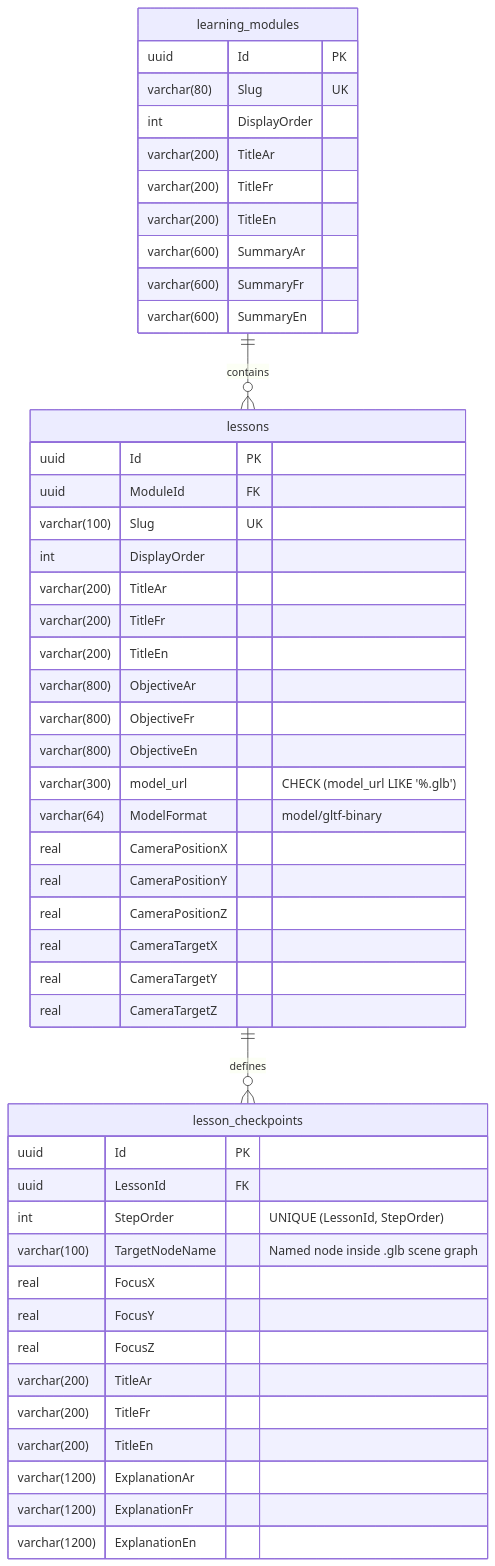
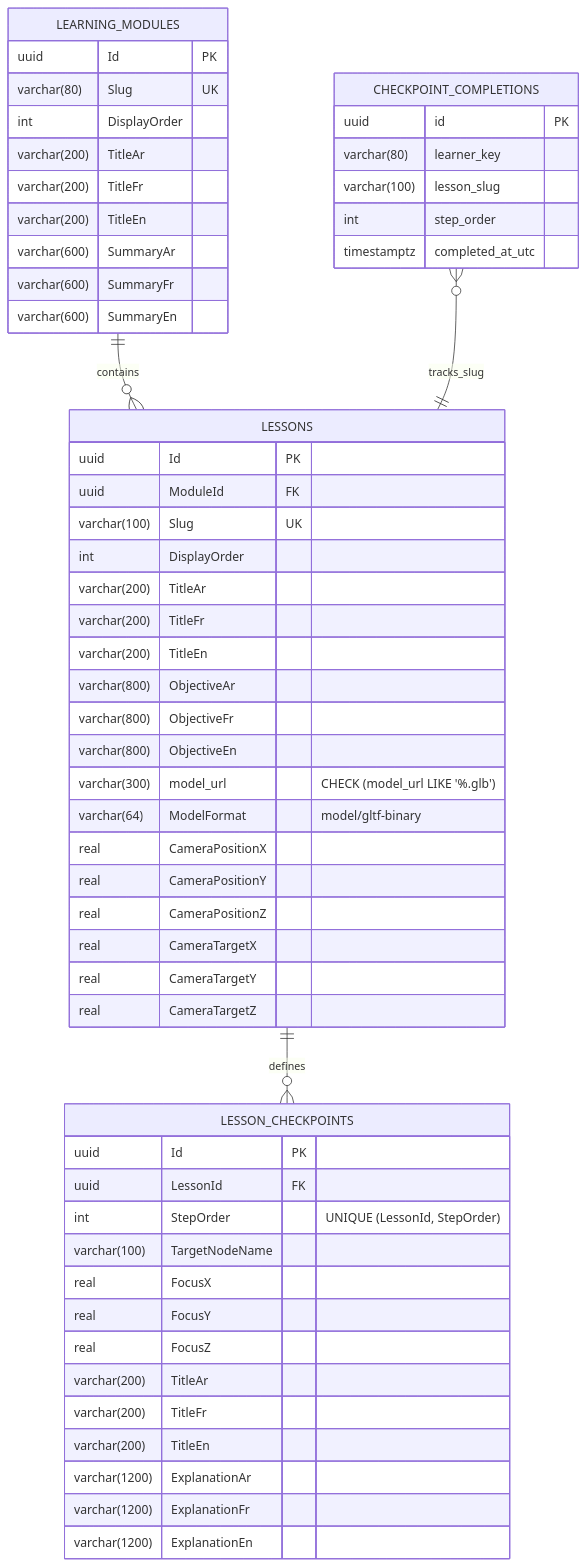
The diagram in docs/architecture/DATABASE_SCHEMA.md (Ahmed1-Rebai/Nawwar), drawn with Mermaid before and after one commit. The commit also changed other lines of this file and 31 other files, not shown here.

Commit message:
feat(curriculum): add persistent checkpoint progress, 3D GLB mesh picking, and product docs

````diff
--- a/docs/architecture/DATABASE_SCHEMA.md
+++ b/docs/architecture/DATABASE_SCHEMA.md
@@ -9,54 +5,63 @@
 ```mermaid
 erDiagram
-    learning_modules ||--o{ lessons : "contains"
-    lessons ||--o{ lesson_checkpoints : "defines"
+    LEARNING_MODULES ||--o{ LESSONS : contains
+    LESSONS ||--o{ LESSON_CHECKPOINTS : defines
+    CHECKPOINT_COMPLETIONS }o--|| LESSONS : tracks_slug
 
-    learning_modules {
+    LEARNING_MODULES {
         uuid Id PK
         varchar(80) Slug UK
         int DisplayOrder
         varchar(200) TitleAr
         varchar(200) TitleFr
         varchar(200) TitleEn
         varchar(600) SummaryAr
         varchar(600) SummaryFr
         varchar(600) SummaryEn
     }
 
-    lessons {
+    LESSONS {
         uuid Id PK
         uuid ModuleId FK
         varchar(100) Slug UK
         int DisplayOrder
         varchar(200) TitleAr
         varchar(200) TitleFr
         varchar(200) TitleEn
         varchar(800) ObjectiveAr
         varchar(800) ObjectiveFr
         varchar(800) ObjectiveEn
         varchar(300) model_url "CHECK (model_url LIKE '%.glb')"
         varchar(64) ModelFormat "model/gltf-binary"
         real CameraPositionX
         real CameraPositionY
         real CameraPositionZ
         real CameraTargetX
         real CameraTargetY
         real CameraTargetZ
     }
 
-    lesson_checkpoints {
+    LESSON_CHECKPOINTS {
         uuid Id PK
         uuid LessonId FK
         int StepOrder "UNIQUE (LessonId, StepOrder)"
-        varchar(100) TargetNodeName "Named node inside .glb scene graph"
+        varchar(100) TargetNodeName
         real FocusX
         real FocusY
         real FocusZ
         varchar(200) TitleAr
         varchar(200) TitleFr
         varchar(200) TitleEn
         varchar(1200) ExplanationAr
         varchar(1200) ExplanationFr
         varchar(1200) ExplanationEn
     }
+
+    CHECKPOINT_COMPLETIONS {
+        uuid id PK
+        varchar(80) learner_key
+        varchar(100) lesson_slug
+        int step_order
+        timestamptz completed_at_utc
+    }
 ```
````
